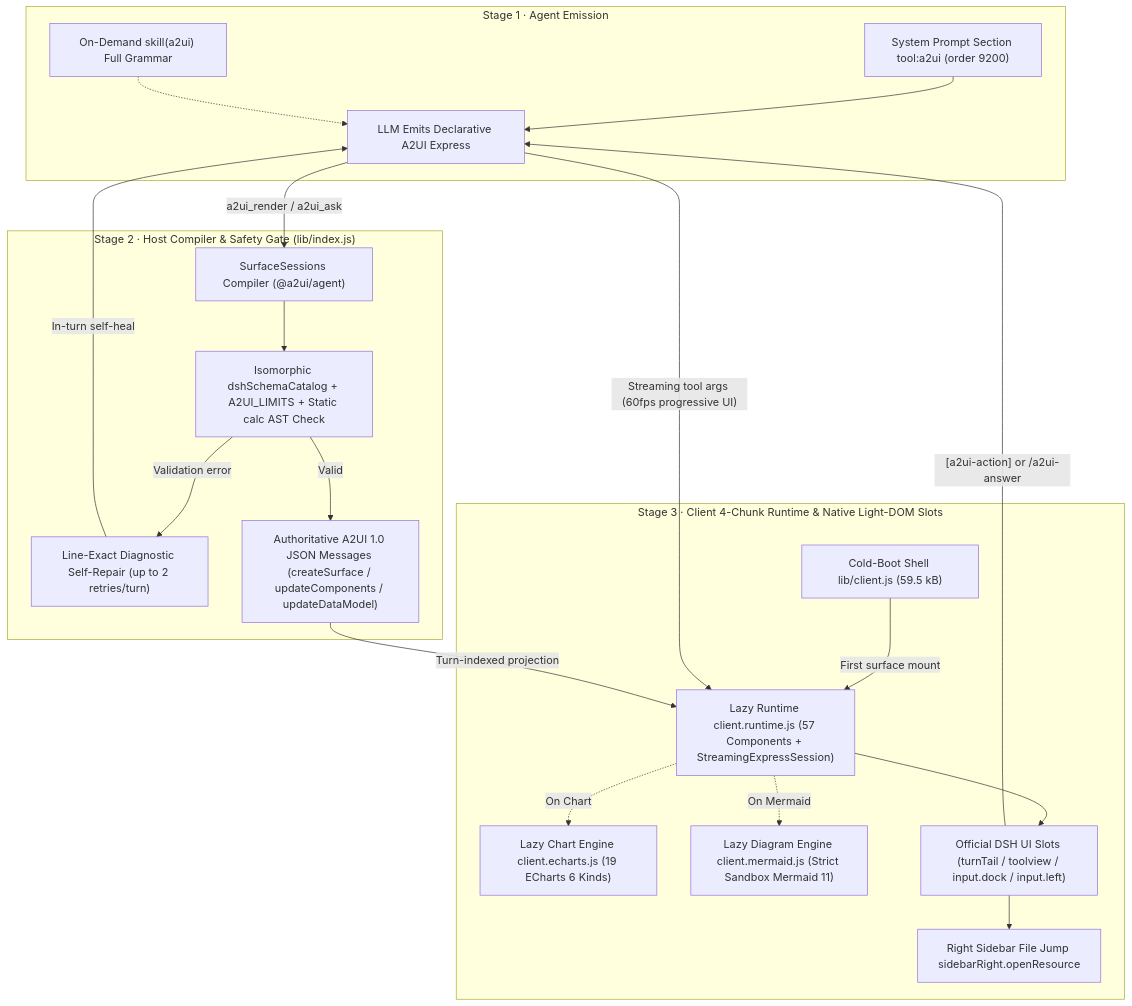
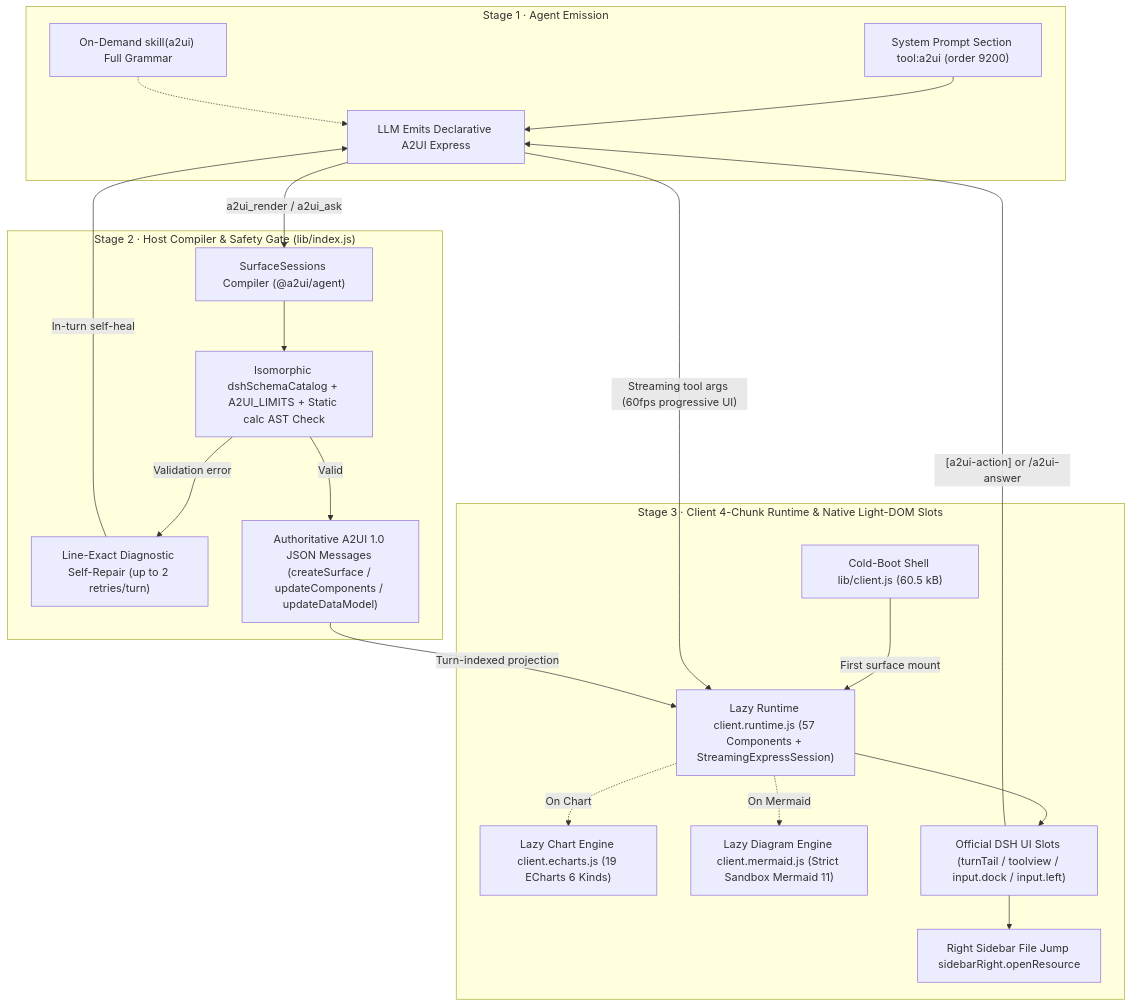
The diagram in docs/DEVELOPMENT.md (Geekhyt/dsh-genui-a2ui), drawn with Mermaid before and after one commit. The commit also changed other lines of this file and 23 other files, not shown here.

````diff
--- a/docs/DEVELOPMENT.md
+++ b/docs/DEVELOPMENT.md
@@ -17,40 +17,40 @@
 ```mermaid
 flowchart TB
   subgraph S1["Stage 1 · Agent Emission"]
     P["System Prompt Section tool:a2ui (order 9200)"]
     SK["On-Demand skill(a2ui) Full Grammar"]
     LLM["LLM Emits Declarative A2UI Express"]
     P --> LLM
     SK -.-> LLM
   end
 
   subgraph S2["Stage 2 · Host Compiler & Safety Gate (lib/index.js)"]
     COMP["SurfaceSessions Compiler (@a2ui/agent)"]
     ZOD["Isomorphic dshSchemaCatalog + A2UI_LIMITS + Static calc AST Check"]
     REPAIR["Line-Exact Diagnostic Self-Repair (up to 2 retries/turn)"]
     WIRE["Authoritative A2UI 1.0 JSON Messages (createSurface / updateComponents / updateDataModel)"]
     COMP --> ZOD
     ZOD -->|"Validation error"| REPAIR
     REPAIR -->|"In-turn self-heal"| LLM
     ZOD -->|"Valid"| WIRE
   end
 
   subgraph S3["Stage 3 · Client 4-Chunk Runtime & Native Light-DOM Slots"]
-    SHELL["Cold-Boot Shell lib/client.js (59.5 kB)"]
+    SHELL["Cold-Boot Shell lib/client.js (60.5 kB)"]
     RT["Lazy Runtime client.runtime.js (57 Components + StreamingExpressSession)"]
     EC["Lazy Chart Engine client.echarts.js (19 ECharts 6 Kinds)"]
     MM["Lazy Diagram Engine client.mermaid.js (Strict Sandbox Mermaid 11)"]
     SLOTS["Official DSH UI Slots (turnTail / toolview / input.dock / input.left)"]
     SIDE["Right Sidebar File Jump sidebarRight.openResource"]
     SHELL -->|"First surface mount"| RT
     RT -.->|"On Chart"| EC
     RT -.->|"On Mermaid"| MM
     RT --> SLOTS
     SLOTS --> SIDE
   end
 
   LLM -->|"Streaming tool args (60fps progressive UI)"| RT
   LLM -->|"a2ui_render / a2ui_ask"| COMP
   WIRE -->|"Turn-indexed projection"| RT
   SLOTS -->|"[a2ui-action] or /a2ui-answer"| LLM
 ```
````
